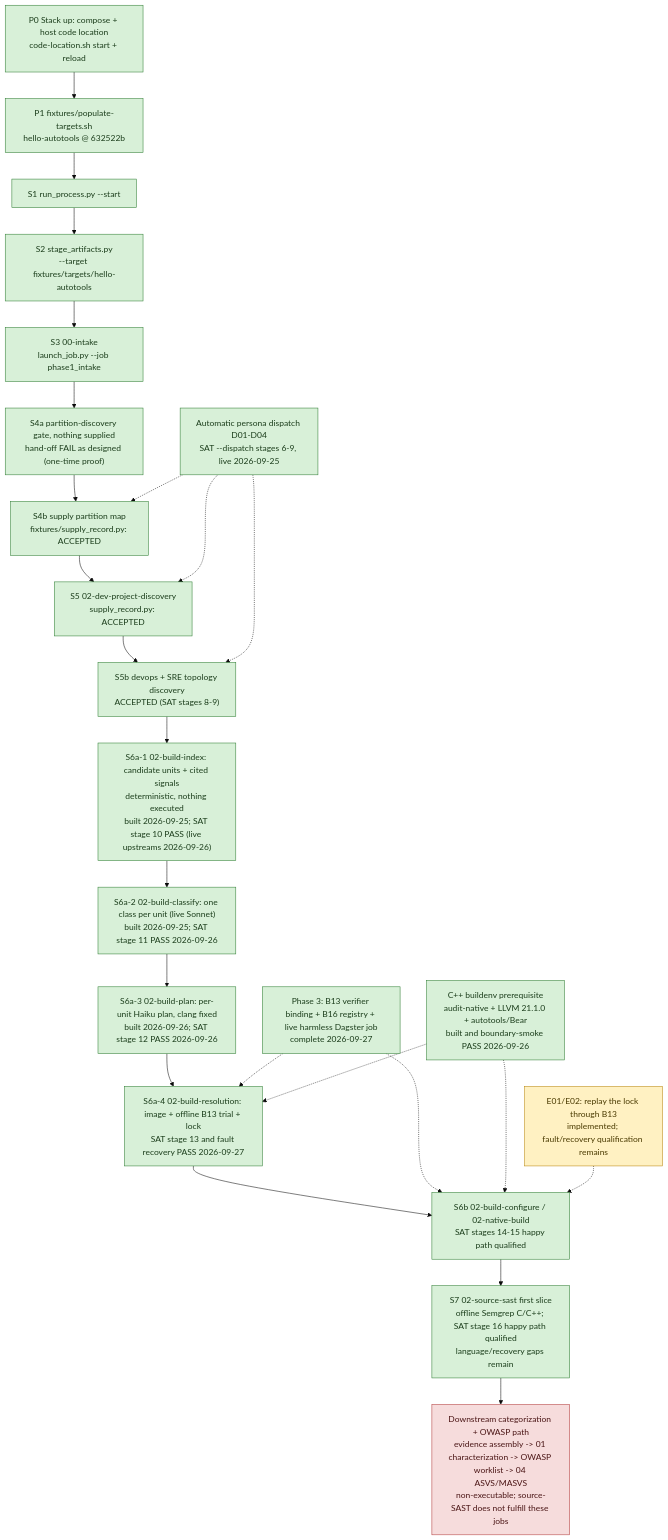
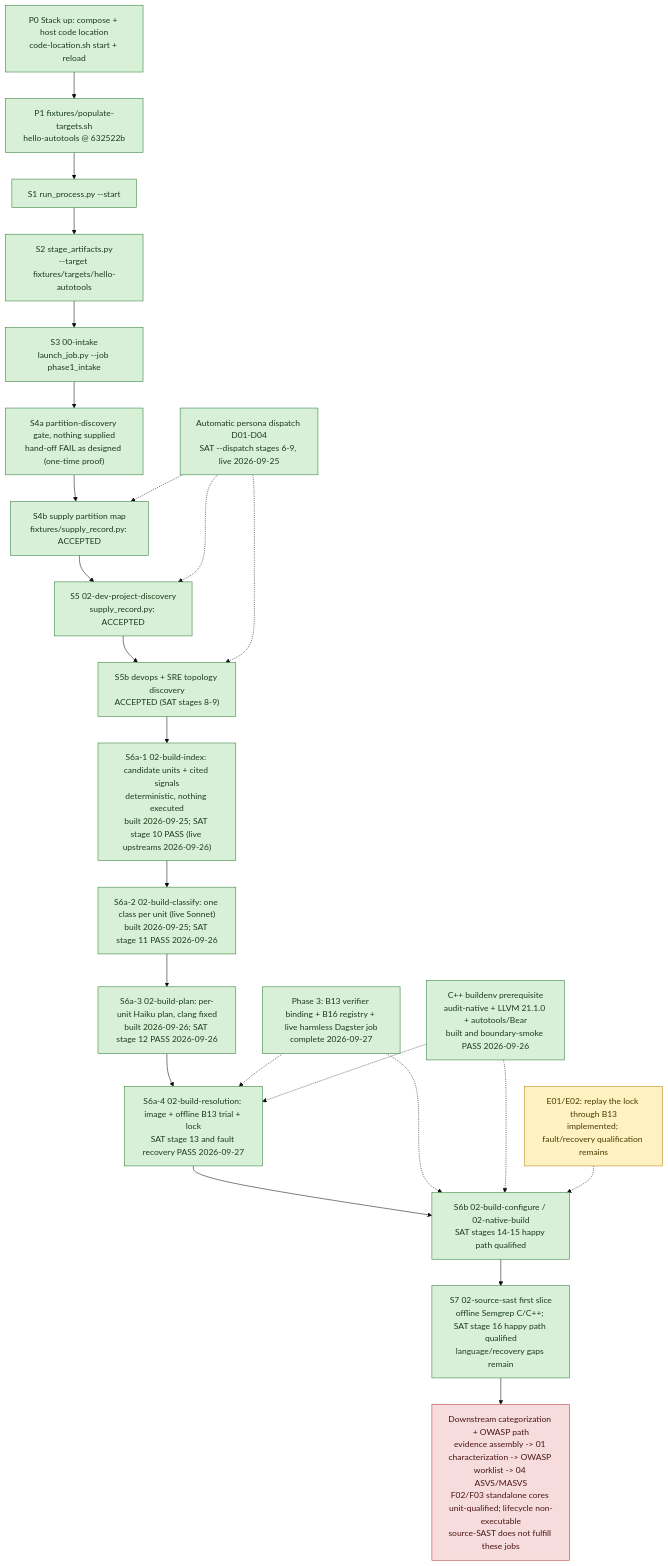
The diagram in docs/processes/flow-bringup.md (wsollers/appsec-review), drawn with Mermaid (base theme) before and after one commit. The commit also changed 12 other files, not shown here.

Commit message:
Integrate nominal evidence and characterization cores

````diff
--- a/docs/processes/flow-bringup.md
+++ b/docs/processes/flow-bringup.md
@@ -20,38 +20,38 @@
 ```mermaid
 flowchart TD
   P0["P0 Stack up: compose + host code location<br/>code-location.sh start + reload"]:::done
   P1["P1 fixtures/populate-targets.sh<br/>hello-autotools @ 632522b"]:::done
   S1["S1 run_process.py --start"]:::done
   S2["S2 stage_artifacts.py<br/>--target fixtures/targets/hello-autotools"]:::done
   S3["S3 00-intake<br/>launch_job.py --job phase1_intake"]:::done
   S4a["S4a partition-discovery gate, nothing supplied<br/>hand-off FAIL as designed (one-time proof)"]:::done
   S4b["S4b supply partition map<br/>fixtures/supply_record.py: ACCEPTED"]:::done
   S5["S5 02-dev-project-discovery<br/>supply_record.py: ACCEPTED"]:::done
   S5b["S5b devops + SRE topology discovery<br/>ACCEPTED (SAT stages 8-9)"]:::done
   AD["Automatic persona dispatch D01-D04<br/>SAT --dispatch stages 6-9, live 2026-09-25"]:::done
   S6i["S6a-1 02-build-index: candidate units + cited signals<br/>deterministic, nothing executed<br/>built 2026-09-25; SAT stage 10 PASS (live upstreams 2026-09-26)"]:::done
   S6c["S6a-2 02-build-classify: one class per unit (live Sonnet)<br/>built 2026-09-25; SAT stage 11 PASS 2026-09-26"]:::done
   S6p["S6a-3 02-build-plan: per-unit Haiku plan, clang fixed<br/>built 2026-09-26; SAT stage 12 PASS 2026-09-26"]:::done
   S6a["S6a-4 02-build-resolution: image + offline B13 trial + lock<br/>SAT stage 13 and fault recovery PASS 2026-09-27"]:::done
   CPP["C++ buildenv prerequisite<br/>audit-native + LLVM 21.1.0 + autotools/Bear<br/>built and boundary-smoke PASS 2026-09-26"]:::done
   S6["S6b 02-build-configure / 02-native-build<br/>SAT stages 14-15 happy path qualified"]:::done
   S7["S7 02-source-sast first slice<br/>offline Semgrep C/C++; SAT stage 16 happy path qualified<br/>language/recovery gaps remain"]:::done
-  DOWN["Downstream categorization + OWASP path<br/>evidence assembly -> 01 characterization -> OWASP worklist -> 04 ASVS/MASVS<br/>non-executable; source-SAST does not fulfill these jobs"]:::blocked
+  DOWN["Downstream categorization + OWASP path<br/>evidence assembly -> 01 characterization -> OWASP worklist -> 04 ASVS/MASVS<br/>F02/F03 standalone cores unit-qualified; lifecycle non-executable<br/>source-SAST does not fulfill these jobs"]:::blocked
   B13["Phase 3: B13 verifier binding + B16 registry + live harmless Dagster job<br/>complete 2026-09-27"]:::done
   E01["E01/E02: replay the lock through B13<br/>implemented; fault/recovery qualification remains"]:::next
 
   P0 --> P1 --> S1 --> S2 --> S3 --> S4a --> S4b --> S5 --> S5b --> S6i --> S6c --> S6p --> S6a --> S6 --> S7 --> DOWN
   AD -.-> S4b
   AD -.-> S5
   AD -.-> S5b
   B13 -.-> S6a
   B13 -.-> S6
   CPP -.-> S6a
   CPP -.-> S6
   E01 -.-> S6
 
   classDef done fill:#d8f0d8,stroke:#2e7d32,color:#1b3d1b
   classDef next fill:#fff1c2,stroke:#b8860b,color:#4a3a00
   classDef todo fill:#eef1f5,stroke:#6b7a90,color:#2a3240
   classDef blocked fill:#f6dcdc,stroke:#b23b3b,color:#4a1515
 ```
````
